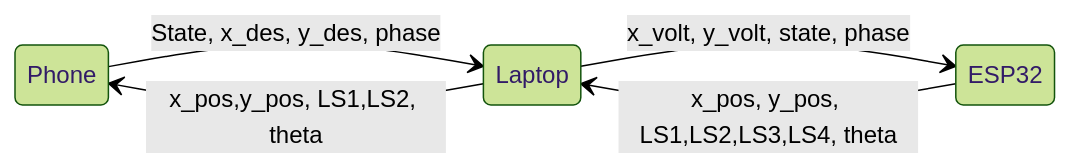
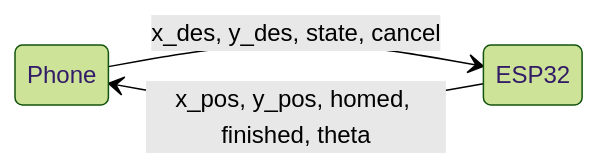
The first of 3 diagrams in README.md (SamPhi/SoftServeShipping), drawn with Mermaid (forest theme) before and after one commit. The commit also changed other lines of this file, not shown here.

````diff
--- a/README.md
+++ b/README.md
@@ -39,9 +73,7 @@
 ```mermaid
 stateDiagram
     direction LR
-    Phone --> Laptop: State, x_des, y_des, phase
-    Laptop --> Phone: x_pos,y_pos, LS1,LS2, theta
-    Laptop --> ESP32: x_volt, y_volt, state, phase
-    ESP32-->Laptop: x_pos, y_pos, LS1,LS2,LS3,LS4, theta
+    Phone -->  ESP32: x_des, y_des, state, cancel
+    ESP32-->Phone: x_pos, y_pos, homed, finished, theta
     
 ```
````
